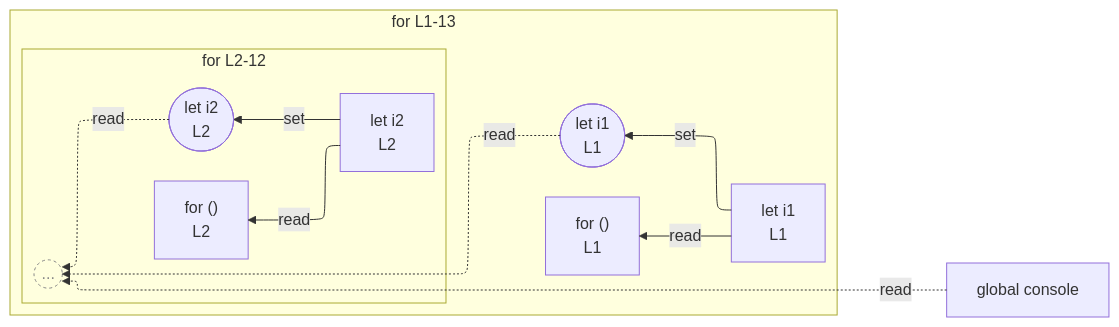
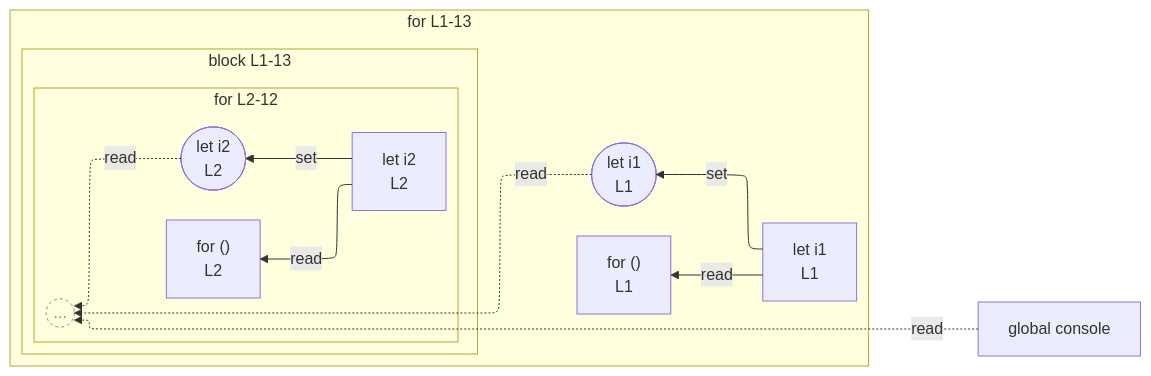
The diagram in integration/fixtures/app-behavior/depth/for/depth-1/preview.md (crescware/unsnarl), drawn with Mermaid before and after one commit. The commit also changed 106 other files, not shown here.

````diff
--- a/integration/fixtures/app-behavior/depth/for/depth-1/preview.md
+++ b/integration/fixtures/app-behavior/depth/for/depth-1/preview.md
@@ -23,27 +23,30 @@
 ```mermaid
 %%{init: {"flowchart": {"defaultRenderer": "elk"}}}%%
 flowchart RL
   n_scope_0_console_240["global console"]
   subgraph s_scope_1["for L1-13"]
     direction RL
     for_test_scope_0_0["for ()<br/>L1"]
     n_scope_1_i1_9["let i1<br/>L1"]
     wr_ref_2(["let i1<br/>L1"])
-    subgraph s_scope_3["for L2-12"]
+    subgraph s_scope_2["block L1-13"]
       direction RL
-      for_test_scope_2_35["for ()<br/>L2"]
-      n_scope_3_i2_44["let i2<br/>L2"]
-      wr_ref_5(["let i2<br/>L2"])
-      beyond_depth_s_scope_3((...))
+      subgraph s_scope_3["for L2-12"]
+        direction RL
+        for_test_scope_2_35["for ()<br/>L2"]
+        n_scope_3_i2_44["let i2<br/>L2"]
+        wr_ref_5(["let i2<br/>L2"])
+        beyond_depth_s_scope_3((...))
+      end
     end
   end
   n_scope_1_i1_9 -->|set| wr_ref_2
   n_scope_3_i2_44 -->|set| wr_ref_5
   n_scope_1_i1_9 -->|read| for_test_scope_0_0
   n_scope_3_i2_44 -->|read| for_test_scope_2_35
   n_scope_0_console_240 -.->|read| beyond_depth_s_scope_3
   wr_ref_2 -.->|read| beyond_depth_s_scope_3
   wr_ref_5 -.->|read| beyond_depth_s_scope_3
   classDef boundaryStub fill:transparent,stroke:#888,stroke-dasharray:3 3,color:#888;
   class beyond_depth_s_scope_3 boundaryStub;
 ```
````
